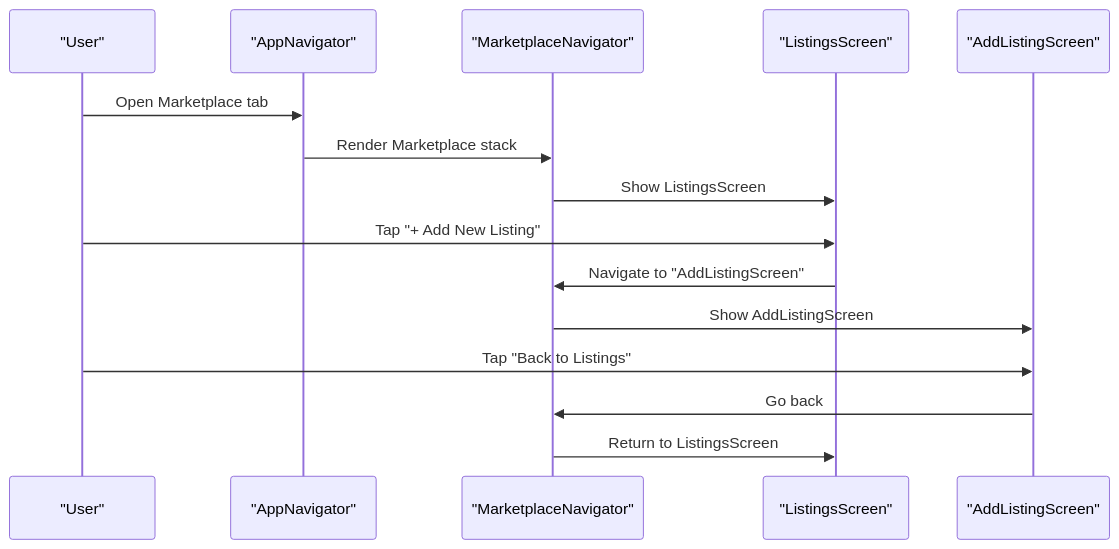
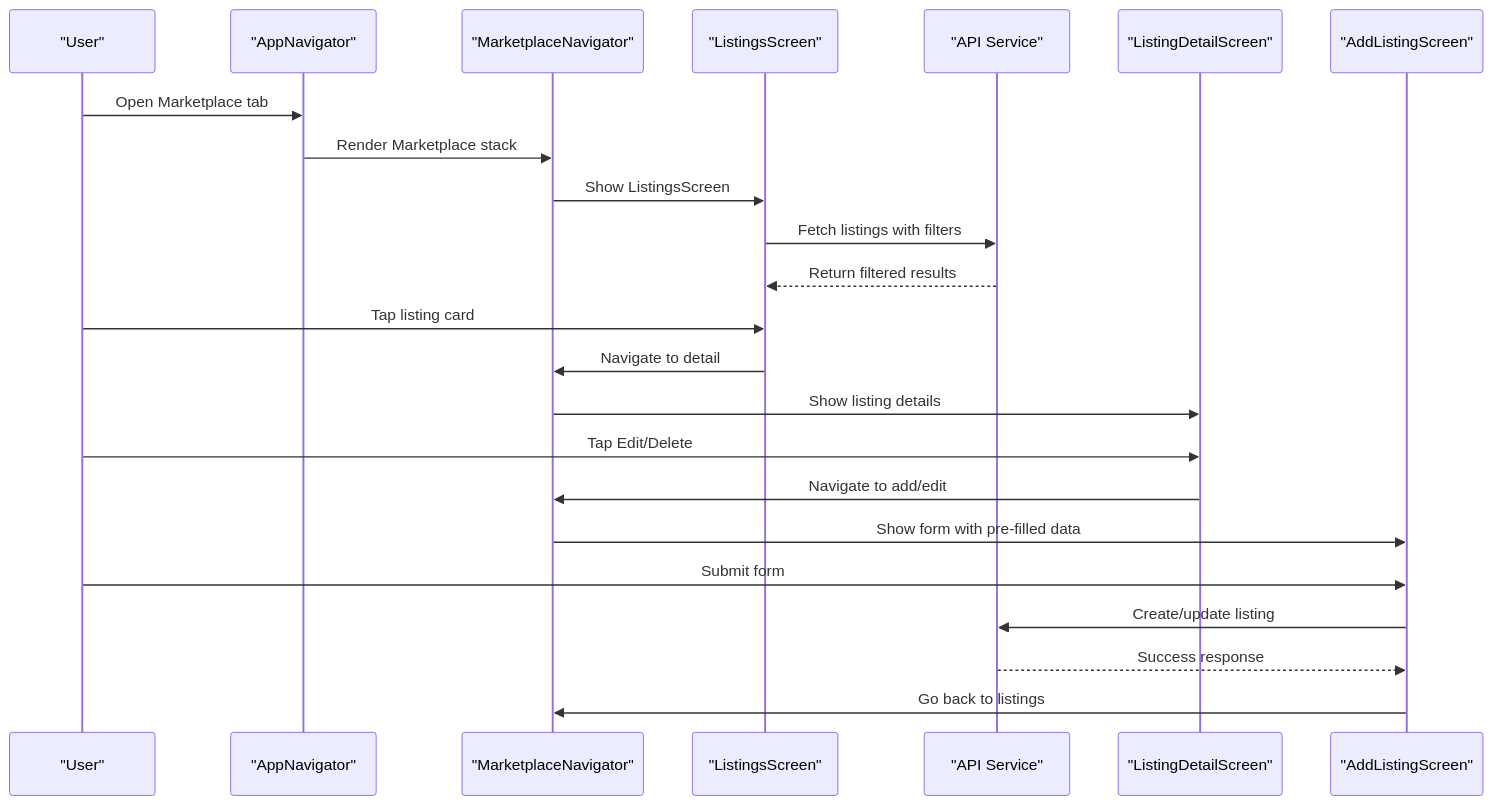
The second of 4 diagrams in .qoder/repowiki/en/content/Marketplace Feature/Listings Screen.md (Aiman-Naeem/KisaanDost_AI_hackathon_Pakistan), drawn with Mermaid before and after one commit. The commit also changed other lines of this file and 42 other files, not shown here.

Commit message:
Day 2: farmer identity persistence, voice UX polish, listing detail/edit/call, shared design system, QA pass

````diff
--- a/.qoder/repowiki/en/content/Marketplace Feature/Listings Screen.md
+++ b/.qoder/repowiki/en/content/Marketplace Feature/Listings Screen.md
@@ -78,17 +97,25 @@
 ```mermaid
 sequenceDiagram
 participant User as "User"
 participant TabNav as "AppNavigator"
 participant StackNav as "MarketplaceNavigator"
 participant Listings as "ListingsScreen"
-participant AddListing as "AddListingScreen"
+participant API as "API Service"
+participant Detail as "ListingDetailScreen"
+participant AddForm as "AddListingScreen"
 User->>TabNav : Open Marketplace tab
 TabNav->>StackNav : Render Marketplace stack
 StackNav->>Listings : Show ListingsScreen
-User->>Listings : Tap "+ Add New Listing"
-Listings->>StackNav : Navigate to "AddListingScreen"
-StackNav->>AddListing : Show AddListingScreen
-User->>AddListing : Tap "Back to Listings"
-AddListing->>StackNav : Go back
-StackNav->>Listings : Return to ListingsScreen
+Listings->>API : Fetch listings with filters
+API-->>Listings : Return filtered results
+User->>Listings : Tap listing card
+Listings->>StackNav : Navigate to detail
+StackNav->>Detail : Show listing details
+User->>Detail : Tap Edit/Delete
+Detail->>StackNav : Navigate to add/edit
+StackNav->>AddForm : Show form with pre-filled data
+User->>AddForm : Submit form
+AddForm->>API : Create/update listing
+API-->>AddForm : Success response
+AddForm->>StackNav : Go back to listings
 ```
````
